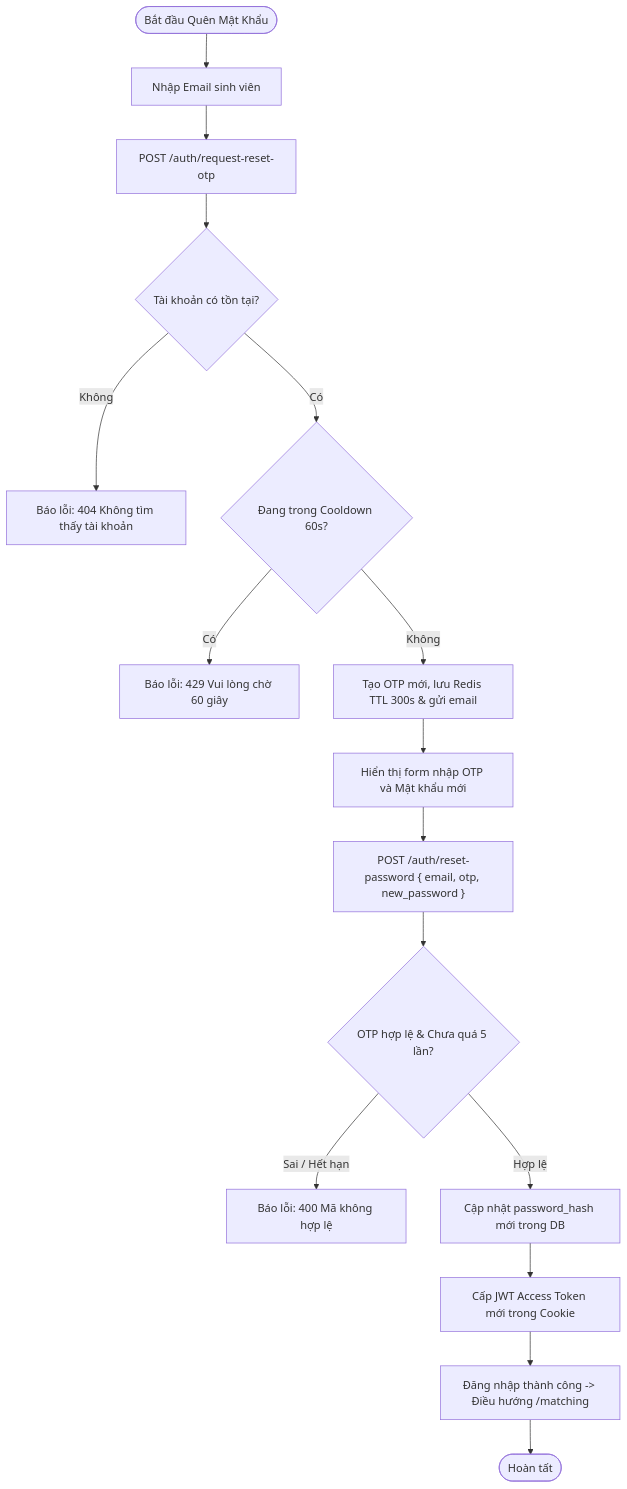
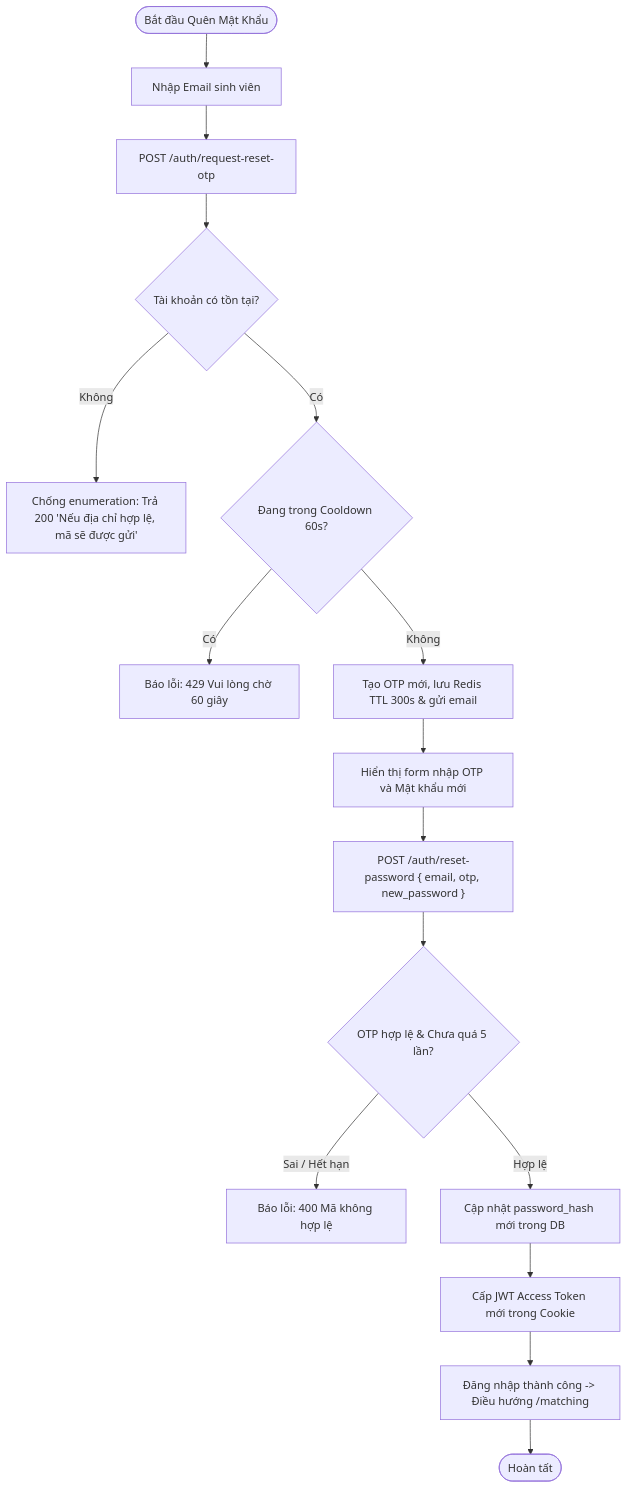
One commit to maitrang051106/project_1 changed the fifth of 10 diagrams in docs/SYSTEM_FLOWS.md. Above: the diagram before and after it, drawn with Mermaid. The commit also changed other lines of this file and 37 other files, not shown here.

````diff
--- a/docs/SYSTEM_FLOWS.md
+++ b/docs/SYSTEM_FLOWS.md
@@ -243,18 +243,18 @@
 ```mermaid
 flowchart TD
     Start([Bắt đầu Quên Mật Khẩu]) --> InputEmail["Nhập Email sinh viên"]
     InputEmail --> CallReq["POST /auth/request-reset-otp"]
     CallReq --> CheckUser{"Tài khoản có tồn tại?"}
-    CheckUser -- "Không" --> ErrNotFound["Báo lỗi: 404 Không tìm thấy tài khoản"]
+    CheckUser -- "Không" --> EnumSafe["Chống enumeration: Trả 200 'Nếu địa chỉ hợp lệ, mã sẽ được gửi'"]
     CheckUser -- "Có" --> CheckCD{"Đang trong Cooldown 60s?"}
     CheckCD -- "Có" --> ErrCD["Báo lỗi: 429 Vui lòng chờ 60 giây"]
     CheckCD -- "Không" --> GenOTP["Tạo OTP mới, lưu Redis TTL 300s & gửi email"]
     GenOTP --> ShowForm["Hiển thị form nhập OTP và Mật khẩu mới"]
     ShowForm --> SubmitReset["POST /auth/reset-password { email, otp, new_password }"]
     SubmitReset --> VerifyOTP{"OTP hợp lệ & Chưa quá 5 lần?"}
     VerifyOTP -- "Sai / Hết hạn" --> ErrOTP["Báo lỗi: 400 Mã không hợp lệ"]
     VerifyOTP -- "Hợp lệ" --> UpdatePwd["Cập nhật password_hash mới trong DB"]
     UpdatePwd --> GenJWT["Cấp JWT Access Token mới trong Cookie"]
     GenJWT --> Redirect["Đăng nhập thành công -> Điều hướng /matching"]
     Redirect --> End([Hoàn tất])
 ```
````
